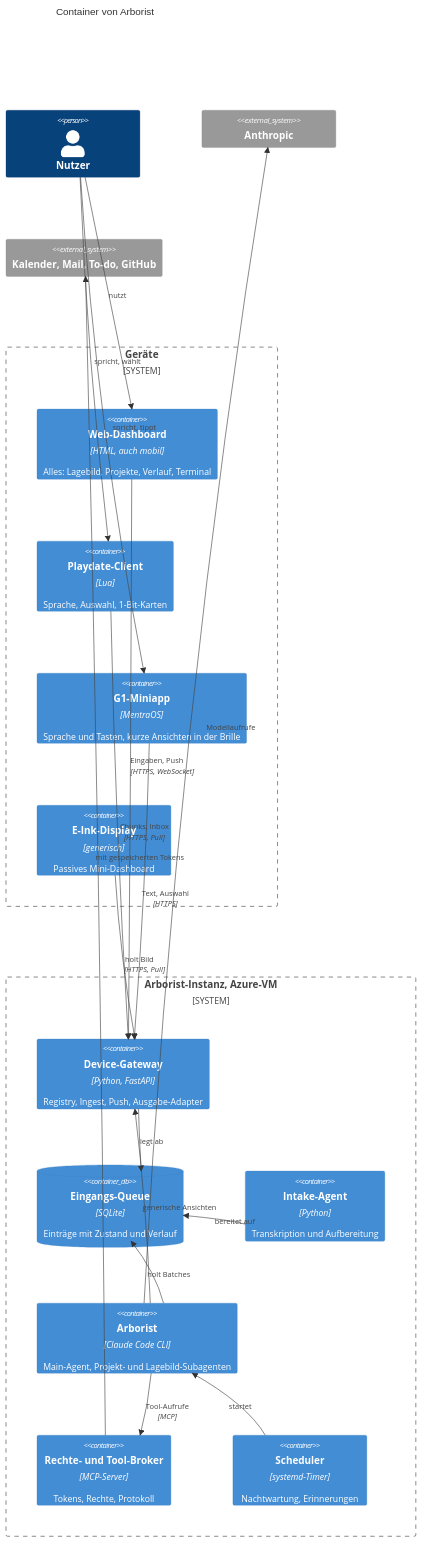
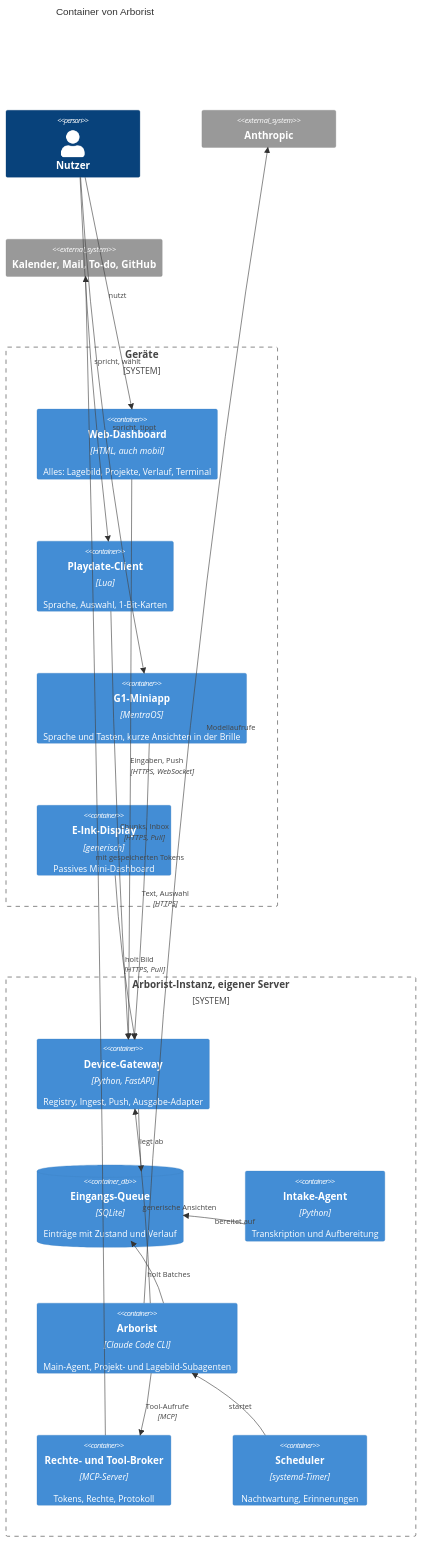
The second of 13 diagrams in docs/arc42.md (merlinbecker/playdate-claude-client), drawn with Mermaid before and after one commit. The commit also changed other lines of this file and 24 other files, not shown here.

````diff
--- a/docs/arc42.md
+++ b/docs/arc42.md
@@ -98,43 +98,43 @@
 ```mermaid
 C4Container
     title Container von Arborist
 
     Person(user, "Nutzer")
 
     System_Boundary(devices, "Geräte") {
         Container(web, "Web-Dashboard", "HTML, auch mobil", "Alles: Lagebild, Projekte, Verlauf, Terminal")
         Container(pd, "Playdate-Client", "Lua", "Sprache, Auswahl, 1-Bit-Karten")
         Container(glass, "G1-Miniapp", "MentraOS", "Sprache und Tasten, kurze Ansichten in der Brille")
         Container(eink, "E-Ink-Display", "generisch", "Passives Mini-Dashboard")
     }
 
-    System_Boundary(vm, "Arborist-Instanz, Azure-VM") {
+    System_Boundary(vm, "Arborist-Instanz, eigener Server") {
         Container(gw, "Device-Gateway", "Python, FastAPI", "Registry, Ingest, Push, Ausgabe-Adapter")
         ContainerDb(q, "Eingangs-Queue", "SQLite", "Einträge mit Zustand und Verlauf")
         Container(intake, "Intake-Agent", "Python", "Transkription und Aufbereitung")
         Container(ar, "Arborist", "Claude Code CLI", "Main-Agent, Projekt- und Lagebild-Subagenten")
         Container(br, "Rechte- und Tool-Broker", "MCP-Server", "Tokens, Rechte, Protokoll")
         Container(sched, "Scheduler", "systemd-Timer", "Nachtwartung, Erinnerungen")
     }
 
     System_Ext(anthropic, "Anthropic")
     System_Ext(ext, "Kalender, Mail, To-do, GitHub")
 
     Rel(user, web, "nutzt")
     Rel(user, pd, "spricht, wählt")
     Rel(user, glass, "spricht, tippt")
     Rel(web, gw, "Eingaben, Push", "HTTPS, WebSocket")
     Rel(pd, gw, "Chunks, Inbox", "HTTPS, Pull")
     Rel(glass, gw, "Text, Auswahl", "HTTPS")
     Rel(eink, gw, "holt Bild", "HTTPS, Pull")
     Rel(gw, q, "legt ab")
     Rel(intake, q, "bereitet auf")
     Rel(ar, q, "holt Batches")
     Rel(ar, gw, "generische Ansichten")
     Rel(ar, br, "Tool-Aufrufe", "MCP")
     Rel(br, ext, "mit gespeicherten Tokens")
     Rel(ar, anthropic, "Modellaufrufe")
     Rel(sched, ar, "startet")
 
     UpdateLayoutConfig($c4ShapeInRow="4", $c4BoundaryInRow="1")
 ```
````
